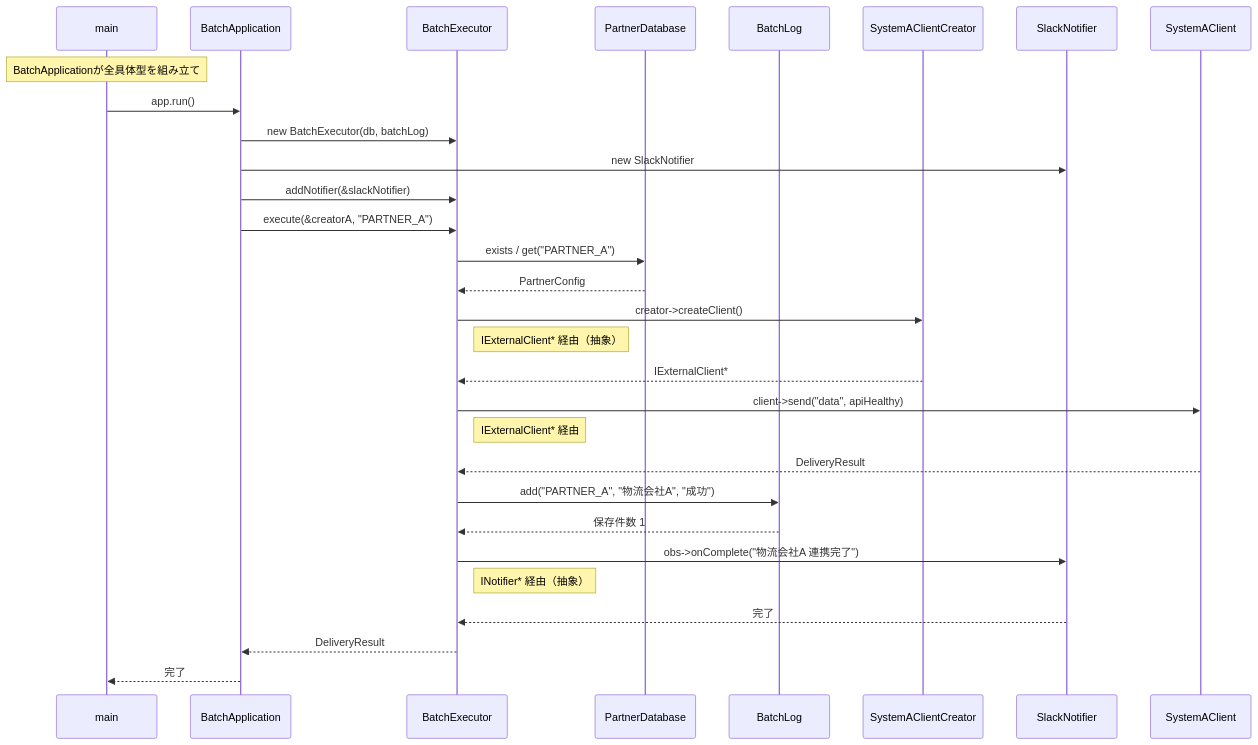
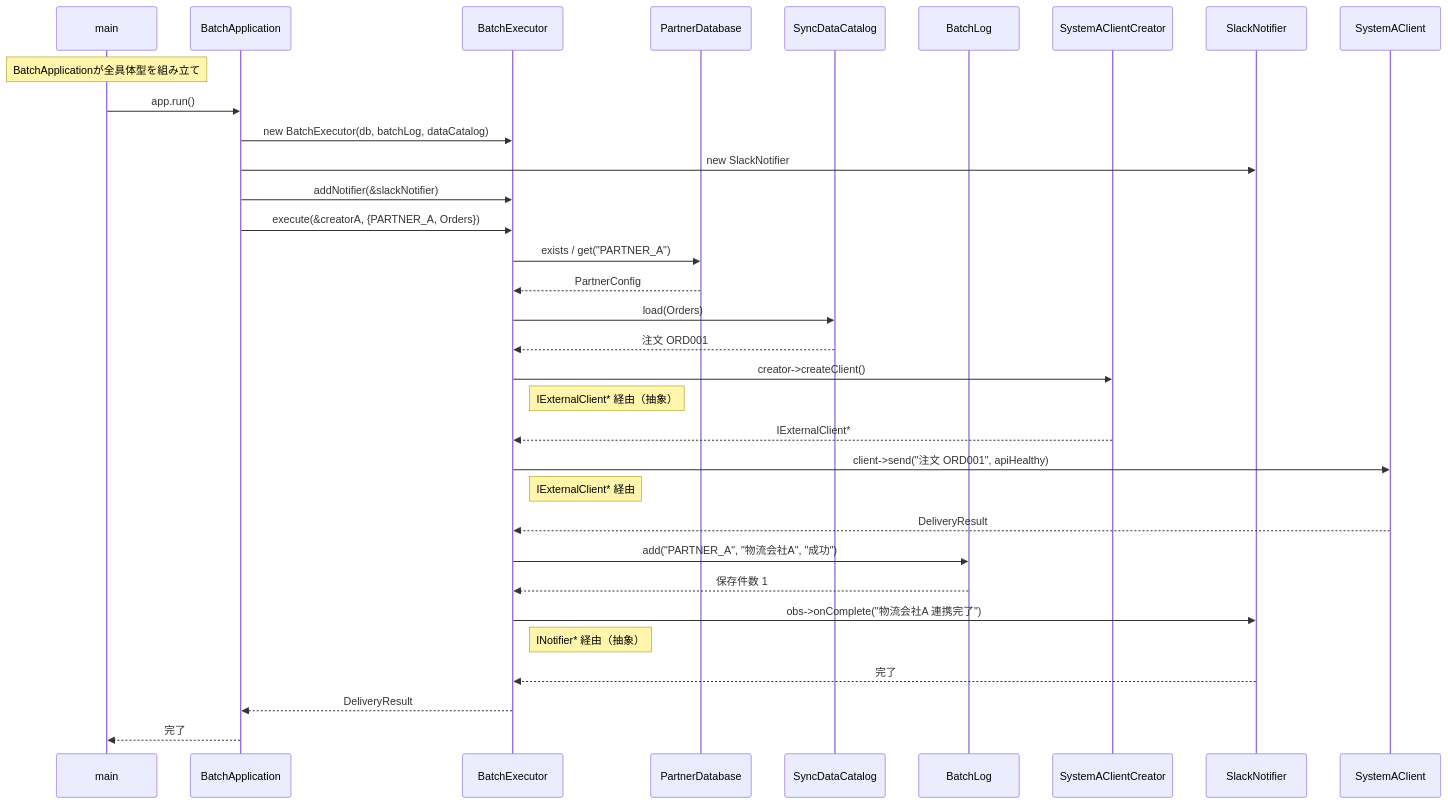
One commit to kumachan1101-pixel/DesignPattern changed the ninth of 12 diagrams in kindle/design-patterns/output/chapter10.md. Above: the diagram before and after it, drawn with Mermaid. The commit also changed other lines of this file and 9 other files, not shown here.

````diff
--- a/kindle/design-patterns/output/chapter10.md
+++ b/kindle/design-patterns/output/chapter10.md
@@ -1790,32 +2033,35 @@
 ```mermaid
 sequenceDiagram
     participant main
     participant BA as BatchApplication
     participant BE as BatchExecutor
     participant DB as PartnerDatabase
+    participant DC as SyncDataCatalog
     participant BL as BatchLog
     participant AC as SystemAClientCreator
     participant SN as SlackNotifier
     participant SA as SystemAClient
     Note over main: BatchApplicationが全具体型を組み立て
     main->>BA: app.run()
-    BA->>BE: new BatchExecutor(db, batchLog)
+    BA->>BE: new BatchExecutor(db, batchLog, dataCatalog)
     BA->>SN: new SlackNotifier
     BA->>BE: addNotifier(&slackNotifier)
-    BA->>BE: execute(&creatorA, "PARTNER_A")
+    BA->>BE: execute(&creatorA, {PARTNER_A, Orders})
     BE->>DB: exists / get("PARTNER_A")
     DB-->>BE: PartnerConfig
+    BE->>DC: load(Orders)
+    DC-->>BE: 注文 ORD001
     BE->>AC: creator->createClient()
     Note right of BE: IExternalClient* 経由（抽象）
     AC-->>BE: IExternalClient*
-    BE->>SA: client->send("data", apiHealthy)
+    BE->>SA: client->send("注文 ORD001", apiHealthy)
     Note right of BE: IExternalClient* 経由
     SA-->>BE: DeliveryResult
     BE->>BL: add("PARTNER_A", "物流会社A", "成功")
     BL-->>BE: 保存件数 1
     BE->>SN: obs->onComplete("物流会社A 連携完了")
     Note right of BE: INotifier* 経由（抽象）
     SN-->>BE: 完了
     BE-->>BA: DeliveryResult
     BA-->>main: 完了
 ```
````
